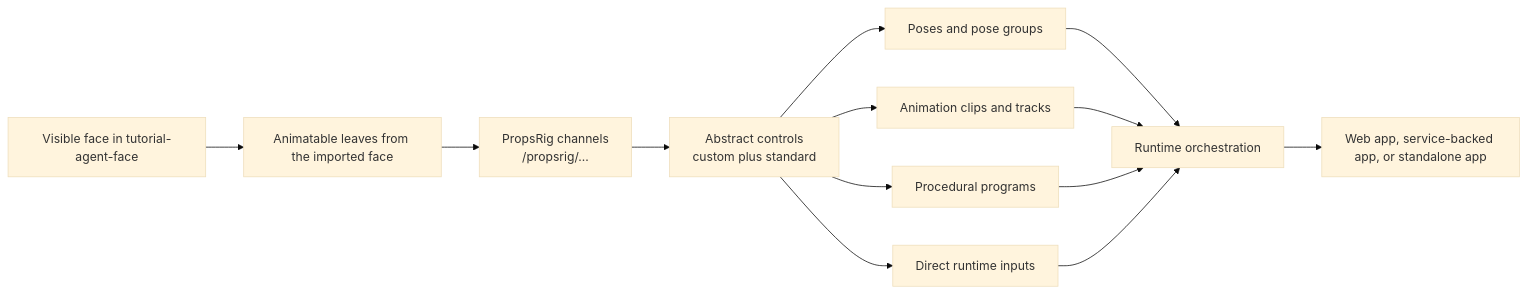
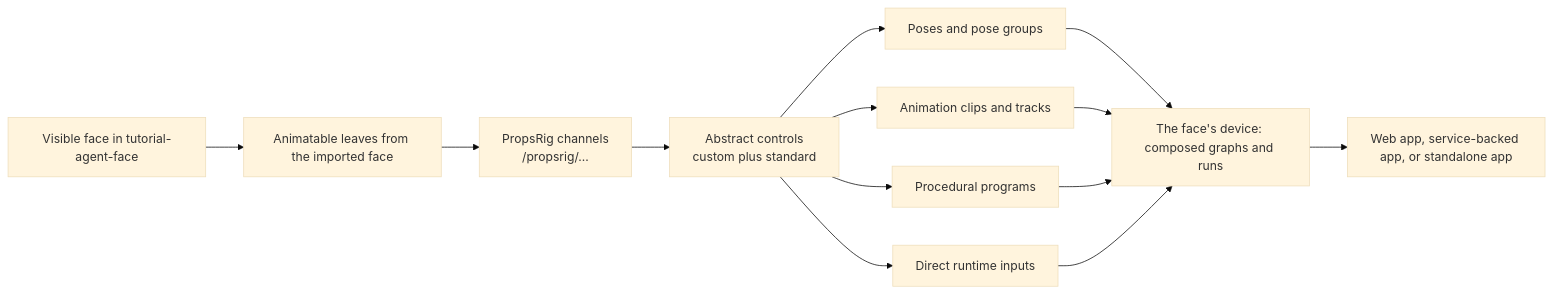
The first of 3 diagrams in current_documentation/guidebook/integrate/behind-the-face.md (vizij-ai/vizij-docs), drawn with Mermaid (base theme) before and after one commit. The commit also changed other lines of this file and 4 other files, not shown here.

````diff
--- a/current_documentation/guidebook/integrate/behind-the-face.md
+++ b/current_documentation/guidebook/integrate/behind-the-face.md
@@ -50,15 +50,15 @@
 ```mermaid
 flowchart LR
     live["Visible face in tutorial-agent-face"] --> anim["Animatable leaves from the imported face"]
     anim --> props["PropsRig channels<br>/propsrig/..."]
     props --> abstract["Abstract controls<br>custom plus standard"]
     abstract --> poses["Poses and pose groups"]
     abstract --> clips["Animation clips and tracks"]
     abstract --> progs["Procedural programs"]
     abstract --> direct["Direct runtime inputs"]
-    poses --> orch["Runtime orchestration"]
+    poses --> orch["The face's device: composed graphs and runs"]
     clips --> orch
     progs --> orch
     direct --> orch
     orch --> host["Web app, service-backed app, or standalone app"]
 ```
````
